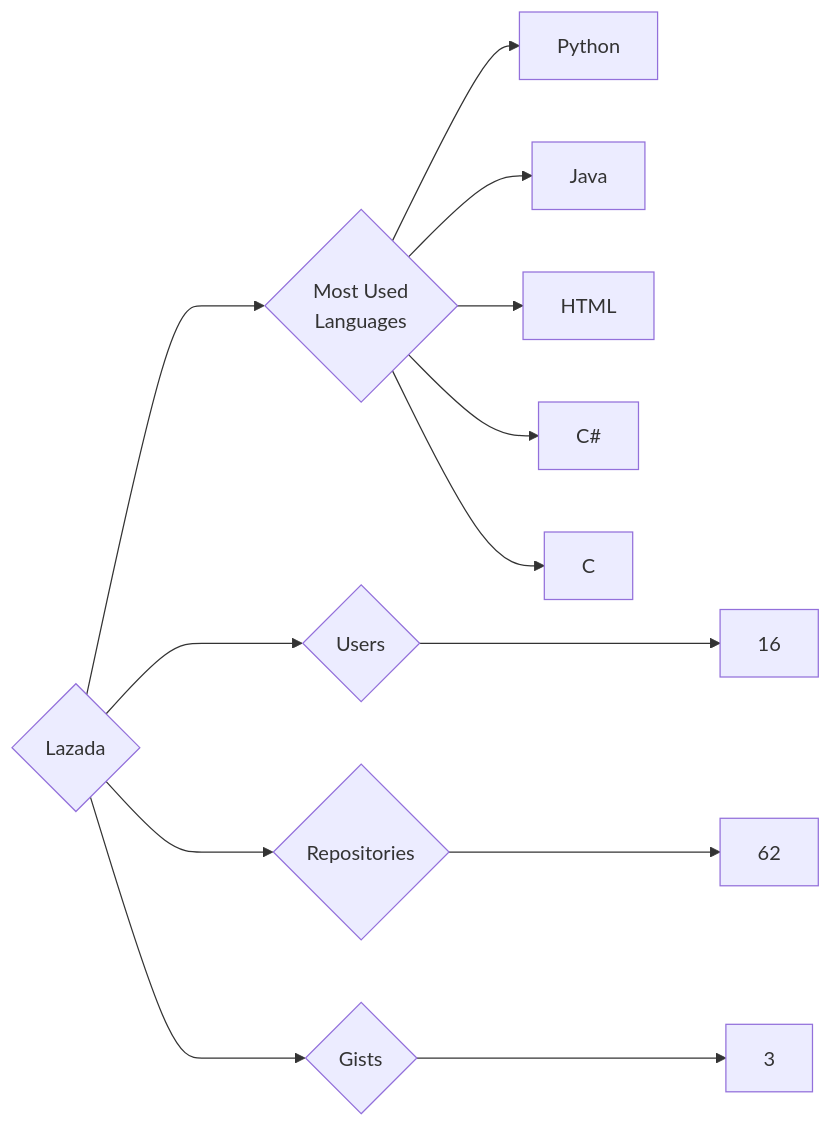
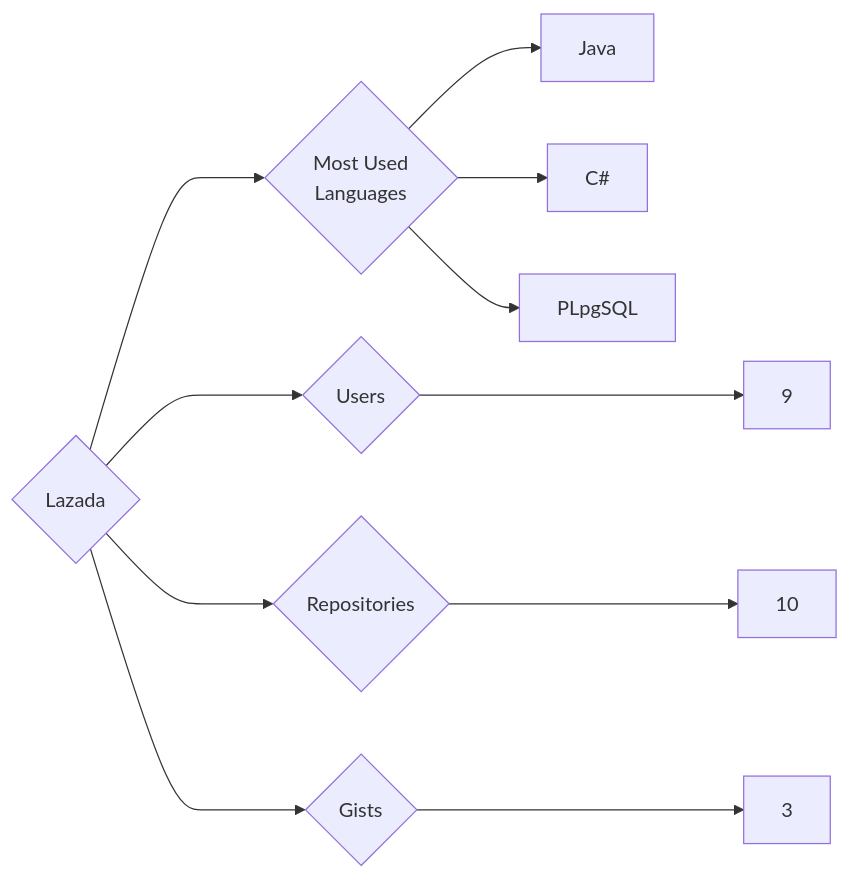
One commit to trickest/insiders changed the diagram in targets/Lazada/README.md. Above: the diagram before and after it, drawn with Mermaid. The commit also changed 872 other files, not shown here.

````diff
--- a/targets/Lazada/README.md
+++ b/targets/Lazada/README.md
@@ -3,13 +3,11 @@
 ```mermaid
 graph LR
 COMPANY_NAME{Lazada}
-COMPANY_NAME ---> U{Users} ---> UN[16]
-COMPANY_NAME ---> R{Repositories} ---> RN[62]
+COMPANY_NAME ---> U{Users} ---> UN[9]
+COMPANY_NAME ---> R{Repositories} ---> RN[10]
 COMPANY_NAME ---> G{Gists} ---> GN[3]
 COMPANY_NAME ---> ML{Most Used<br>Languages}
-ML --> Python[Python]
 ML --> Java[Java]
-ML --> HTML[HTML]
 ML --> C#[C#]
-ML --> C[C]
+ML --> PLpgSQL[PLpgSQL]
 ```
````
